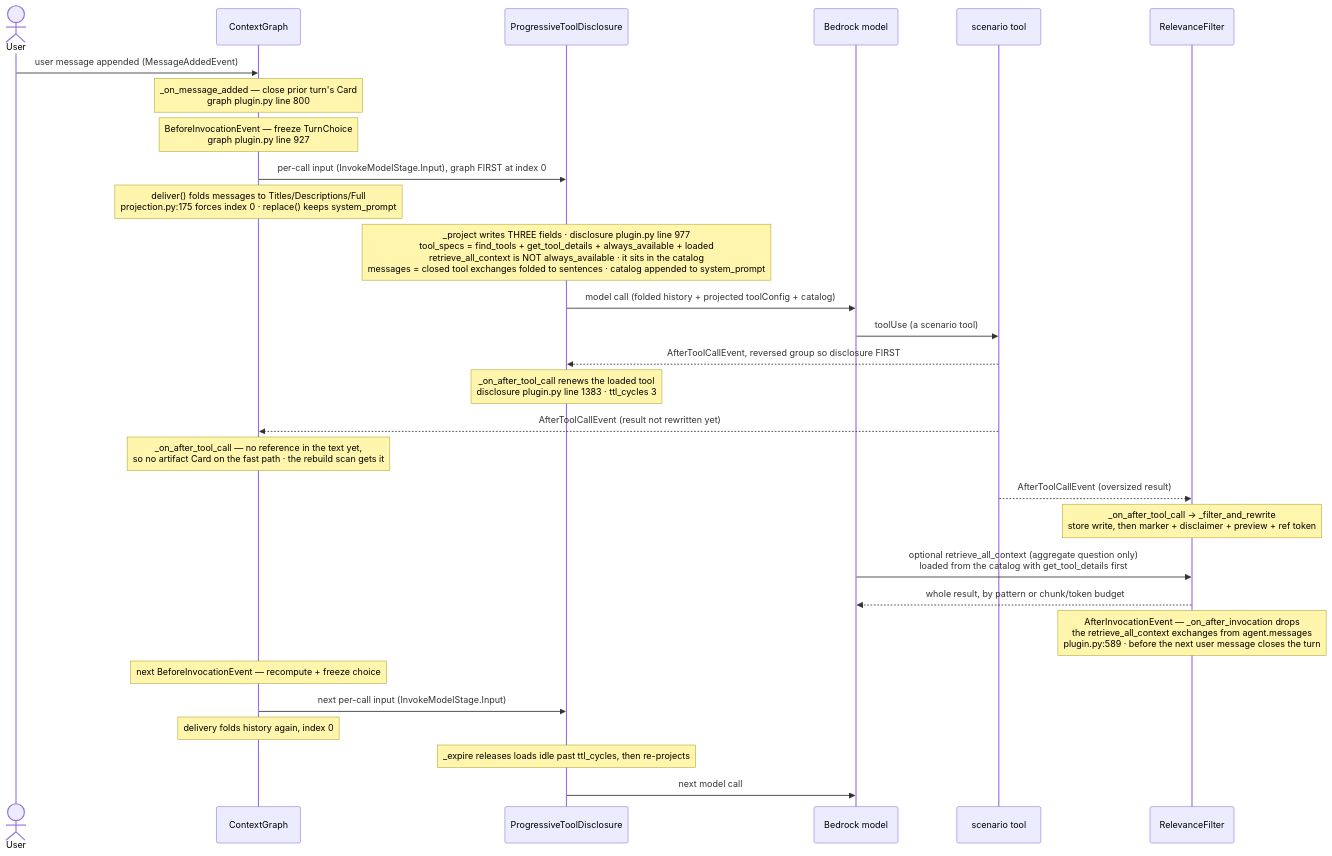
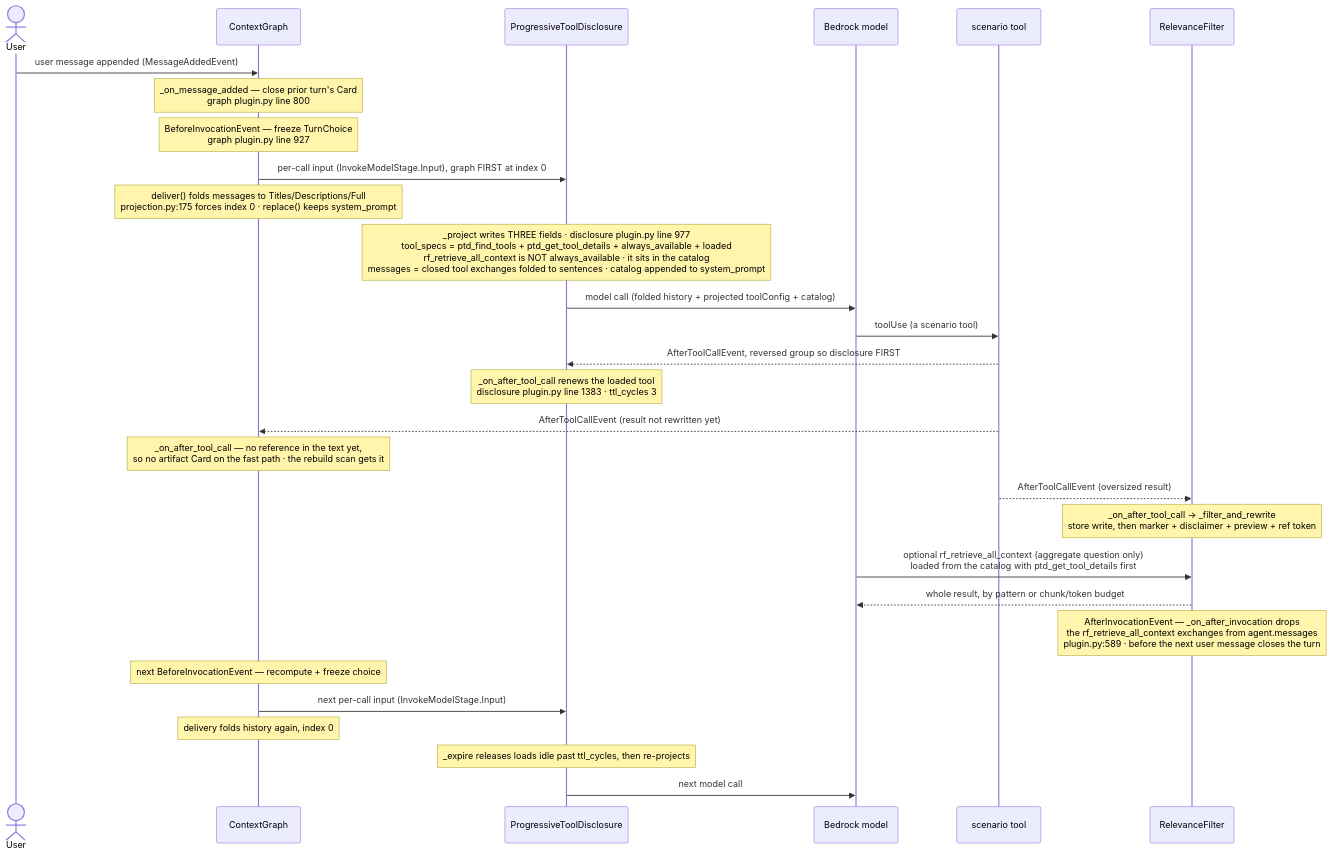
Before and after one commit to aws-samples/sample-context-engineering: the diagram in docs/design/sequence/sequence-combined-stack.md, drawn with Mermaid. The commit also changed other lines of this file and 124 other files, not shown here.

First line of the commit message:
feat(plugins): prefix every model-facing tool with its plugin's initials

````diff
--- a/docs/design/sequence/sequence-combined-stack.md
+++ b/docs/design/sequence/sequence-combined-stack.md
@@ -302,37 +302,37 @@
 ```mermaid
 sequenceDiagram
     actor User
     participant Graph as ContextGraph
     participant Disc as ProgressiveToolDisclosure
     participant Model as Bedrock model
     participant Tool as scenario tool
     participant Rel as RelevanceFilter
 
     User->>Graph: user message appended (MessageAddedEvent)
     Note over Graph: _on_message_added — close prior turn's Card<br/>graph plugin.py line 800
 
     Note over Graph: BeforeInvocationEvent — freeze TurnChoice<br/>graph plugin.py line 927
     Graph->>Disc: per-call input (InvokeModelStage.Input), graph FIRST at index 0
     Note over Graph: deliver() folds messages to Titles/Descriptions/Full<br/>projection.py:175 forces index 0 · replace() keeps system_prompt
-    Note over Disc: _project writes THREE fields · disclosure plugin.py line 977<br/>tool_specs = find_tools + get_tool_details + always_available + loaded<br/>retrieve_all_context is NOT always_available · it sits in the catalog<br/>messages = closed tool exchanges folded to sentences · catalog appended to system_prompt
+    Note over Disc: _project writes THREE fields · disclosure plugin.py line 977<br/>tool_specs = ptd_find_tools + ptd_get_tool_details + always_available + loaded<br/>rf_retrieve_all_context is NOT always_available · it sits in the catalog<br/>messages = closed tool exchanges folded to sentences · catalog appended to system_prompt
     Disc->>Model: model call (folded history + projected toolConfig + catalog)
 
     Model->>Tool: toolUse (a scenario tool)
     Tool-->>Disc: AfterToolCallEvent, reversed group so disclosure FIRST
     Note over Disc: _on_after_tool_call renews the loaded tool<br/>disclosure plugin.py line 1383 · ttl_cycles 3
     Tool-->>Graph: AfterToolCallEvent (result not rewritten yet)
     Note over Graph: _on_after_tool_call — no reference in the text yet,<br/>so no artifact Card on the fast path · the rebuild scan gets it
     Tool-->>Rel: AfterToolCallEvent (oversized result)
     Note over Rel: _on_after_tool_call -> _filter_and_rewrite<br/>store write, then marker + disclaimer + preview + ref token
 
-    Model->>Rel: optional retrieve_all_context (aggregate question only)<br/>loaded from the catalog with get_tool_details first
+    Model->>Rel: optional rf_retrieve_all_context (aggregate question only)<br/>loaded from the catalog with ptd_get_tool_details first
     Rel-->>Model: whole result, by pattern or chunk/token budget
 
-    Note over Rel: AfterInvocationEvent — _on_after_invocation drops<br/>the retrieve_all_context exchanges from agent.messages<br/>plugin.py:589 · before the next user message closes the turn
+    Note over Rel: AfterInvocationEvent — _on_after_invocation drops<br/>the rf_retrieve_all_context exchanges from agent.messages<br/>plugin.py:589 · before the next user message closes the turn
 
     Note over Graph: next BeforeInvocationEvent — recompute + freeze choice
     Graph->>Disc: next per-call input (InvokeModelStage.Input)
     Note over Graph: delivery folds history again, index 0
     Note over Disc: _expire releases loads idle past ttl_cycles, then re-projects
     Disc->>Model: next model call
 ```
````
